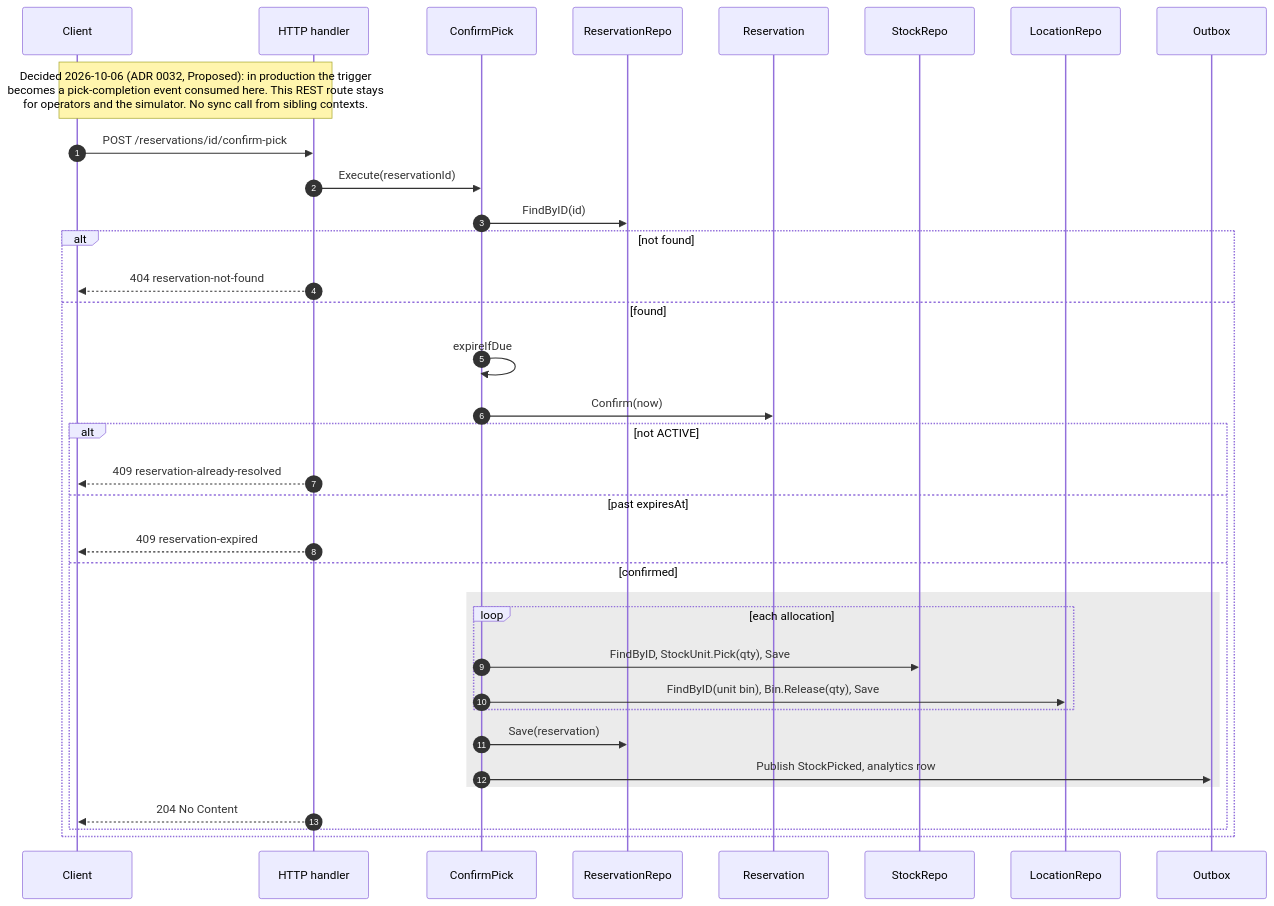
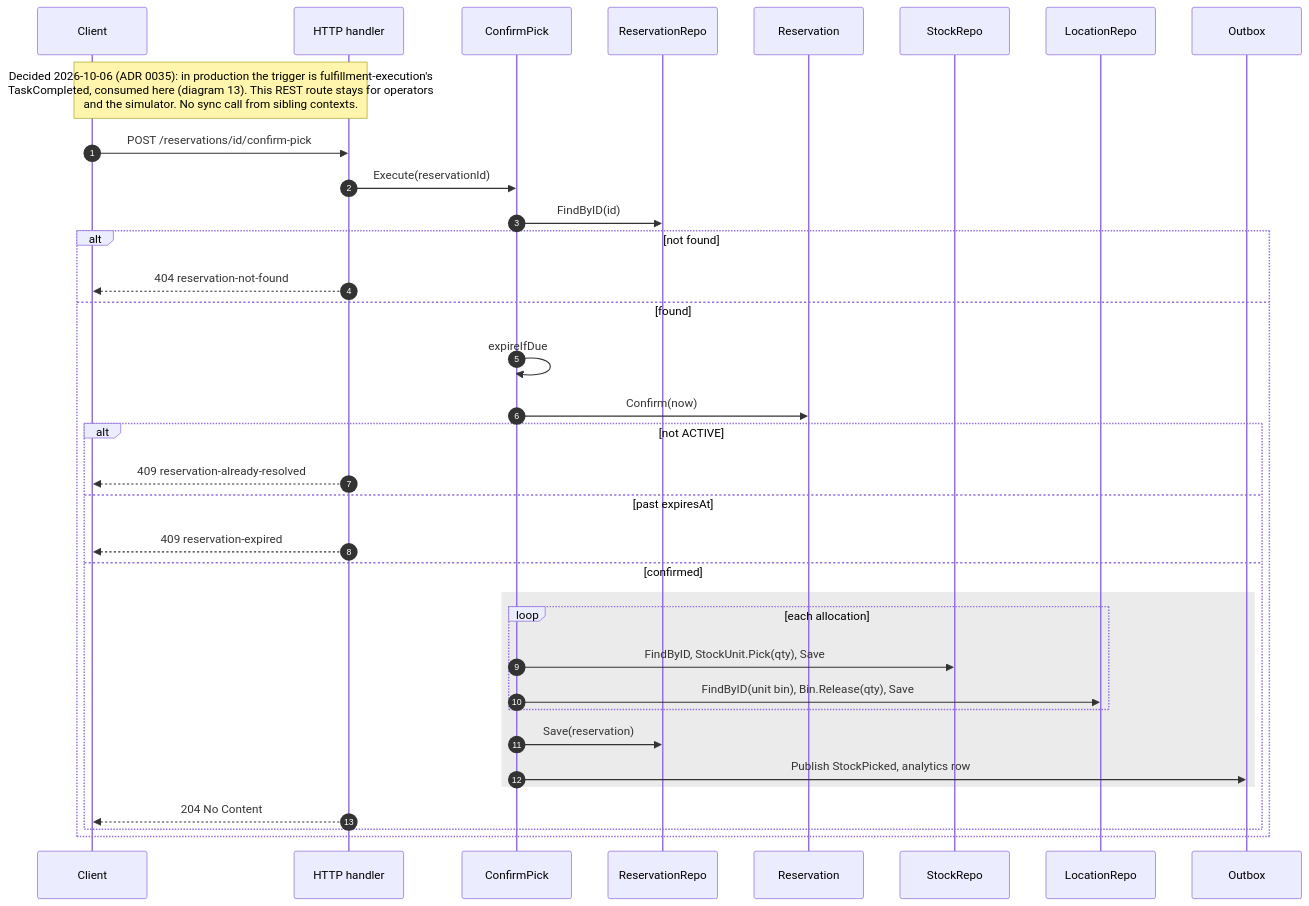
The fifth of 13 diagrams in docs/docs/ddd/sequence-diagrams.md (IQVO/inventory-storage), drawn with Mermaid before and after one commit. The commit also changed other lines of this file and 42 other files, not shown here.

First line of the commit message:
feat: confirm an order's picked reservations on its LAST pick from TaskCompleted (audit decisions 17, 17a) (#155)

````diff
--- a/docs/docs/ddd/sequence-diagrams.md
+++ b/docs/docs/ddd/sequence-diagrams.md
@@ -234,37 +234,37 @@
 ```mermaid
 sequenceDiagram
     autonumber
     participant C as Client
     participant H as HTTP handler
     participant UC as ConfirmPick
     participant RR as ReservationRepo
     participant RES as Reservation
     participant SR as StockRepo
     participant LR as LocationRepo
     participant OB as Outbox
-    Note over C,H: Decided 2026-10-06 (ADR 0032, Proposed): in production the trigger<br/>becomes a pick-completion event consumed here. This REST route stays<br/>for operators and the simulator. No sync call from sibling contexts.
+    Note over C,H: Decided 2026-10-06 (ADR 0035): in production the trigger is fulfillment-execution's<br/>TaskCompleted, consumed here (diagram 13). This REST route stays for operators<br/>and the simulator. No sync call from sibling contexts.
     C->>H: POST /reservations/id/confirm-pick
     H->>UC: Execute(reservationId)
     UC->>RR: FindByID(id)
     alt not found
         H-->>C: 404 reservation-not-found
     else found
         UC->>UC: expireIfDue
         UC->>RES: Confirm(now)
         alt not ACTIVE
             H-->>C: 409 reservation-already-resolved
         else past expiresAt
             H-->>C: 409 reservation-expired
         else confirmed
             rect rgb(235, 235, 235)
                 loop each allocation
                     UC->>SR: FindByID, StockUnit.Pick(qty), Save
                     UC->>LR: FindByID(unit bin), Bin.Release(qty), Save
                 end
                 UC->>RR: Save(reservation)
                 UC->>OB: Publish StockPicked, analytics row
             end
             H-->>C: 204 No Content
         end
     end
 ```
````
